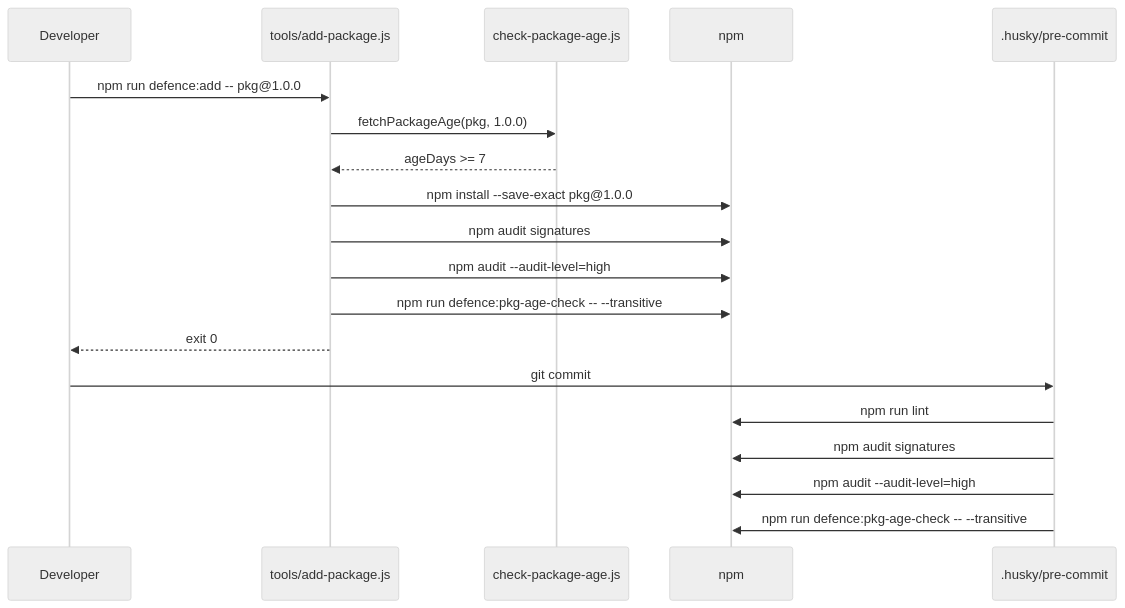
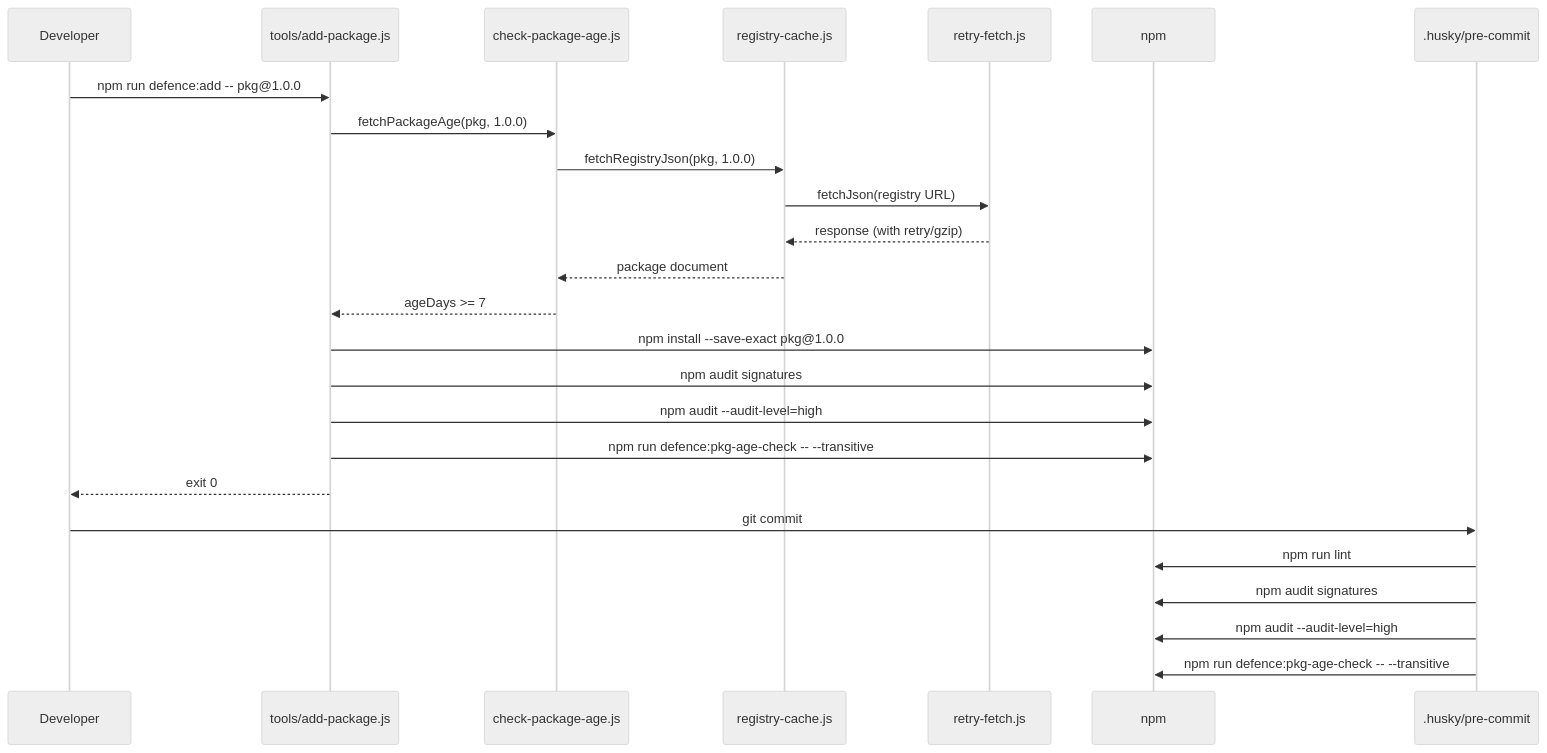
One commit to adrianoenache/learn-supply-chain-attack-defence changed the diagram in docs/en/architecture.md. Above: the diagram before and after it, drawn with Mermaid (neutral theme). The commit also changed other lines of this file and 18 other files, not shown here.

First line of the commit message:
refactor: replace https.get with registry cache for fetching package info

````diff
--- a/docs/en/architecture.md
+++ b/docs/en/architecture.md
@@ -42,22 +51,28 @@
 ```mermaid
 sequenceDiagram
     participant Dev as Developer
     participant Add as tools/add-package.js
     participant Age as check-package-age.js
+    participant Cache as registry-cache.js
+    participant Fetch as retry-fetch.js
     participant npm as npm
     participant Hook as .husky/pre-commit
 
     Dev->>Add: npm run defence:add -- pkg@1.0.0
     Add->>Age: fetchPackageAge(pkg, 1.0.0)
+    Age->>Cache: fetchRegistryJson(pkg, 1.0.0)
+    Cache->>Fetch: fetchJson(registry URL)
+    Fetch-->>Cache: response (with retry/gzip)
+    Cache-->>Age: package document
     Age-->>Add: ageDays >= 7
     Add->>npm: npm install --save-exact pkg@1.0.0
     Add->>npm: npm audit signatures
     Add->>npm: npm audit --audit-level=high
     Add->>npm: npm run defence:pkg-age-check -- --transitive
     Add-->>Dev: exit 0
     Dev->>Hook: git commit
     Hook->>npm: npm run lint
     Hook->>npm: npm audit signatures
     Hook->>npm: npm audit --audit-level=high
     Hook->>npm: npm run defence:pkg-age-check -- --transitive
 ```
````
